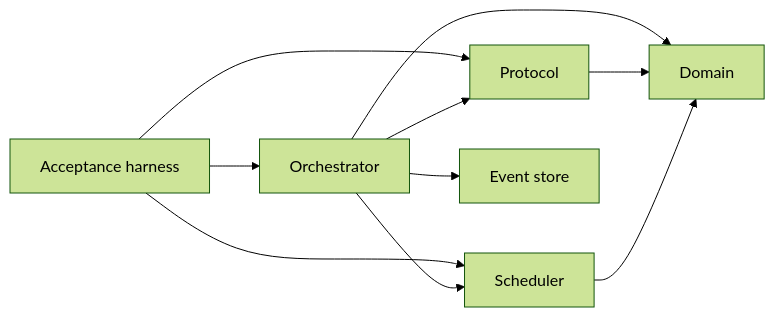
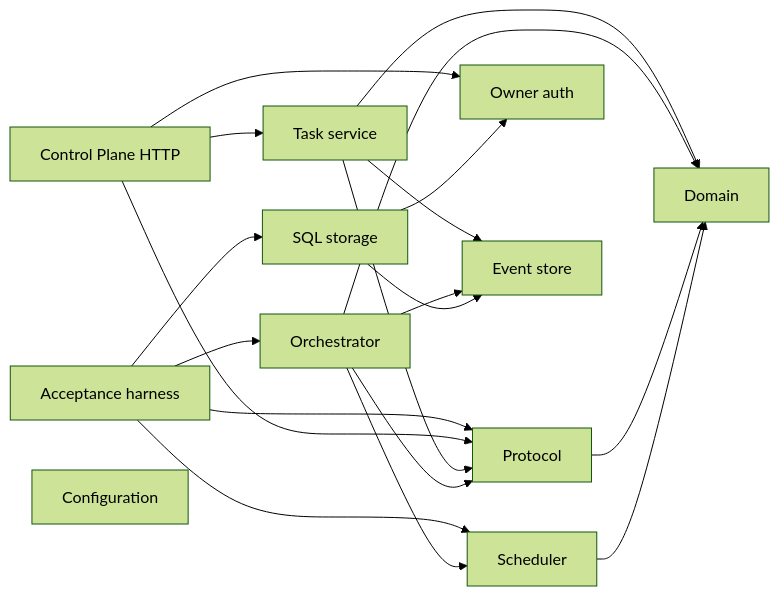
Before and after one commit to jugol/OpenDelegate: the diagram in docs/adr/0003-phase-zero-module-map.md, drawn with Mermaid (forest theme). The commit also changed other lines of this file and 219 other files, not shown here.

````diff
--- a/docs/adr/0003-phase-zero-module-map.md
+++ b/docs/adr/0003-phase-zero-module-map.md
@@ -58,12 +74,22 @@
 ```mermaid
 flowchart LR
     acceptance["Acceptance harness"] --> orchestrator["Orchestrator"]
     acceptance --> protocol["Protocol"]
     acceptance --> scheduler["Scheduler"]
+    acceptance --> storageSql["SQL storage"]
+    controlPlane["Control Plane HTTP"] --> ownerAuth["Owner auth"]
+    controlPlane --> protocol
+    controlPlane --> taskService["Task service"]
+    taskService --> eventStore
+    taskService --> protocol
+    taskService --> domain
     orchestrator --> eventStore["Event store"]
     orchestrator --> protocol
     orchestrator --> scheduler
     orchestrator --> domain["Domain"]
+    storageSql["SQL storage"] --> eventStore
+    storageSql --> ownerAuth
     protocol --> domain
     scheduler --> domain
+    configuration["Configuration"]
 ```
````
